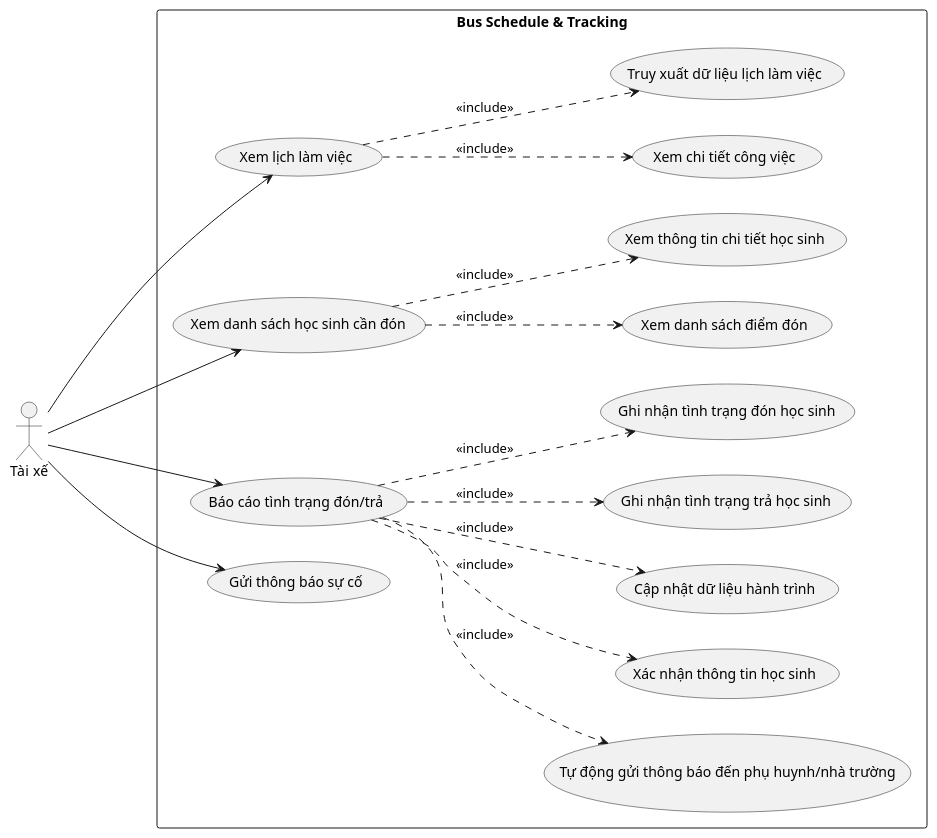
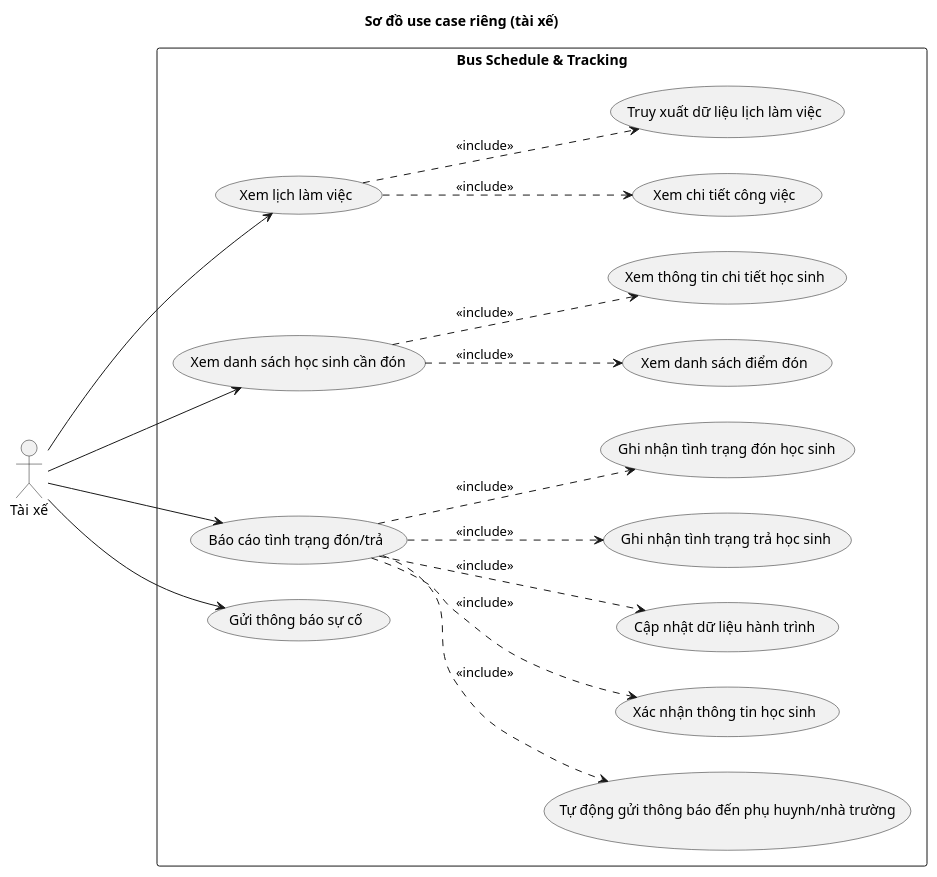
One commit to Bancie/VietBus changed the diagram in uml/use_case/taixe.puml. Above: the diagram before and after it, drawn with PlantUML. The commit also changed 7 other files, not shown here.

First line of the commit message:
Add titles to use case PlantUML diagrams

```diff
--- a/uml/use_case/taixe.puml
+++ b/uml/use_case/taixe.puml
@@ -1,40 +1,41 @@
 @startuml
+title Sơ đồ use case riêng (tài xế)
 left to right direction
 actor "Tài xế" as tx
 
 rectangle "Bus Schedule & Tracking" {
     usecase "Xem lịch làm việc" as UC6
     usecase "Xem danh sách học sinh cần đón" as UC7
     usecase "Báo cáo tình trạng đón/trả" as UC8
     usecase "Gửi thông báo sự cố" as UC9
     
     usecase "Xem danh sách điểm đón" as UC10
     usecase "Xem thông tin chi tiết học sinh" as UC11
     
     usecase "Tự động gửi thông báo đến phụ huynh/nhà trường" as UC12
     usecase "Xác nhận thông tin học sinh" as UC13
     usecase "Cập nhật dữ liệu hành trình" as UC14
     usecase "Ghi nhận tình trạng trả học sinh" as UC15
     usecase "Ghi nhận tình trạng đón học sinh" as UC16
 
     usecase "Xem chi tiết công việc" as UC17
     usecase "Truy xuất dữ liệu lịch làm việc" as UC18
     
     UC7 ..> UC10 : <<include>>
     UC7 ..> UC11 : <<include>>
 
     UC8 ..> UC12 : <<include>>
     UC8 ..> UC13 : <<include>>
     UC8 ..> UC14 : <<include>>
     UC8 ..> UC15 : <<include>>
     UC8 ..> UC16 : <<include>>
 
     UC6 ..> UC17 : <<include>>
     UC6 ..> UC18 : <<include>>
 }
 
 tx ---> UC6
 tx ---> UC7
 tx ---> UC8
 tx ---> UC9
 @enduml
```
